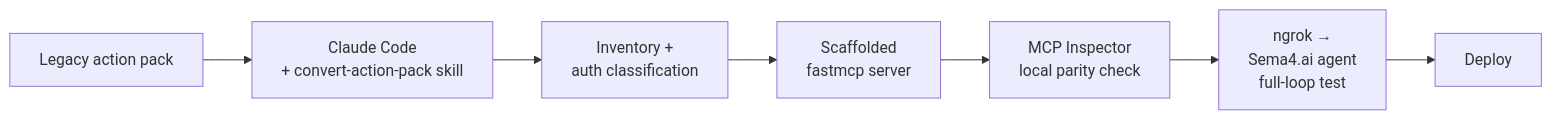
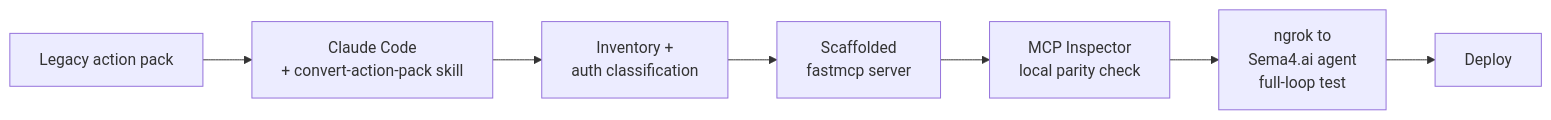
One commit to sema4ai-external/actions-to-mcp changed the diagram in docs/04-migration-workflow.md. Above: the diagram before and after it, drawn with Mermaid. The commit also changed 2 other files, not shown here.

Commit message:
Drop README status section; fix mermaid syntax
Remove the internal ship-progress table from the landing README (it's
not meaningful to external readers) and tidy a stale `examples/`
reference. Switch mermaid edge labels from `-- label -->` to
`-->|label|` and quote nodes with `@` / `+` / arrows so GitHub renders
them cleanly.

````diff
--- a/docs/04-migration-workflow.md
+++ b/docs/04-migration-workflow.md
@@ -15,9 +15,9 @@
 ```mermaid
 flowchart LR
-    A[Legacy action pack] --> B[Claude Code<br/>+ convert-action-pack skill]
-    B --> C[Inventory +<br/>auth classification]
+    A[Legacy action pack] --> B["Claude Code<br/>+ convert-action-pack skill"]
+    B --> C["Inventory +<br/>auth classification"]
     C --> D[Scaffolded<br/>fastmcp server]
     D --> E[MCP Inspector<br/>local parity check]
-    E --> F[ngrok →<br/>Sema4.ai agent<br/>full-loop test]
+    E --> F["ngrok to<br/>Sema4.ai agent<br/>full-loop test"]
     F --> G[Deploy]
 ```
````
